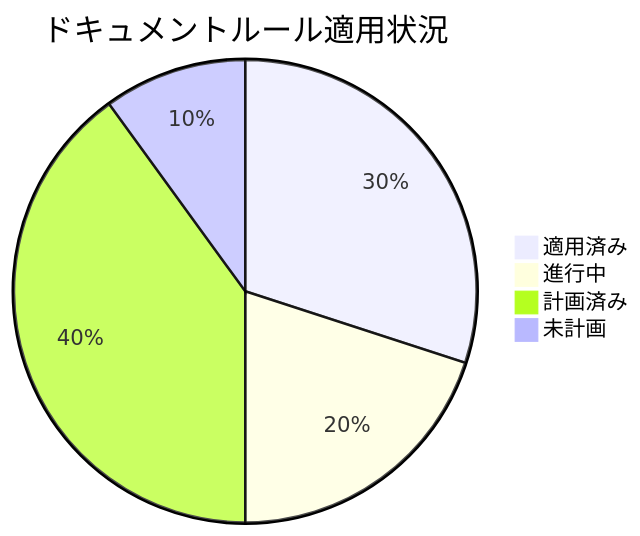
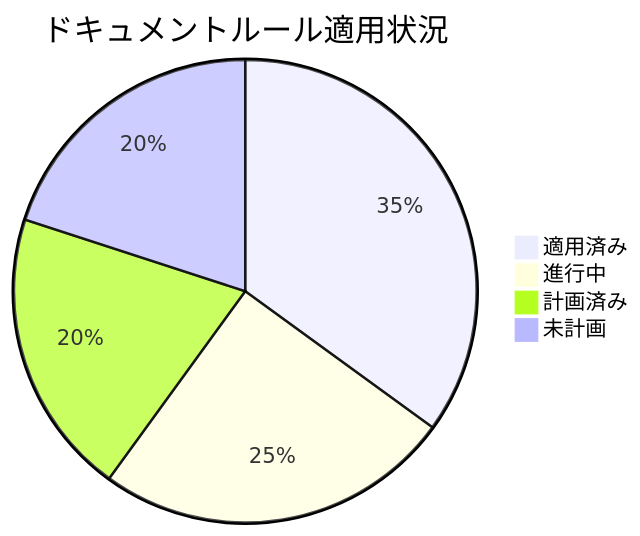
The first of 2 diagrams in docs/PROGRESS.md (ToyB0x/git-resume), drawn with Mermaid before and after one commit. The commit also changed other lines of this file and 3 other files, not shown here.

````diff
--- a/docs/PROGRESS.md
+++ b/docs/PROGRESS.md
@@ -19,7 +16,7 @@
 ```mermaid
 pie title ドキュメントルール適用状況
-    "適用済み" : 30
-    "進行中" : 20
-    "計画済み" : 40
-    "未計画" : 10
+    "適用済み" : 35
+    "進行中" : 25
+    "計画済み" : 20
+    "未計画" : 20
 ```
````
